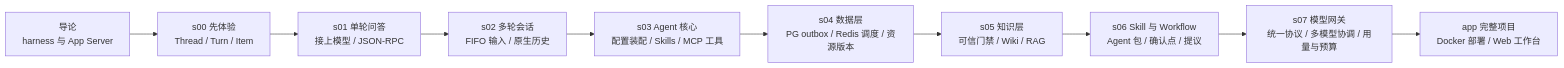
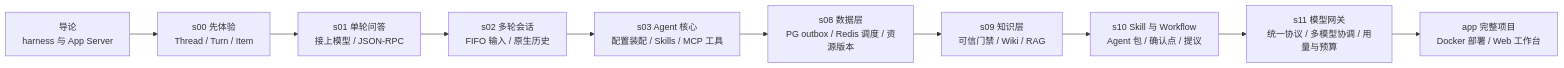
The diagram in README.md (pengcong2020520/learn-codex-harness), drawn with Mermaid before and after one commit. The commit also changed other lines of this file and 633 other files, not shown here.

````diff
--- a/README.md
+++ b/README.md
@@ -11,12 +11,12 @@
 ```mermaid
 flowchart LR
   intro["导论<br/>harness 与 App Server"] --> s00["s00 先体验<br/>Thread / Turn / Item"]
   s00 --> s01["s01 单轮问答<br/>接上模型 / JSON-RPC"]
   s01 --> s02["s02 多轮会话<br/>FIFO 输入 / 原生历史"]
   s02 --> s03["s03 Agent 核心<br/>配置装配 / Skills / MCP 工具"]
-  s03 --> s04["s04 数据层<br/>PG outbox / Redis 调度 / 资源版本"]
-  s04 --> s05["s05 知识层<br/>可信门禁 / Wiki / RAG"]
-  s05 --> s06["s06 Skill 与 Workflow<br/>Agent 包 / 确认点 / 提议"]
-  s06 --> s07["s07 模型网关<br/>统一协议 / 多模型协调 / 用量与预算"]
-  s07 --> app["app 完整项目<br/>Docker 部署 / Web 工作台"]
+  s03 --> s08["s08 数据层<br/>PG outbox / Redis 调度 / 资源版本"]
+  s08 --> s09["s09 知识层<br/>可信门禁 / Wiki / RAG"]
+  s09 --> s10["s10 Skill 与 Workflow<br/>Agent 包 / 确认点 / 提议"]
+  s10 --> s11["s11 模型网关<br/>统一协议 / 多模型协调 / 用量与预算"]
+  s11 --> app["app 完整项目<br/>Docker 部署 / Web 工作台"]
 ```
````
